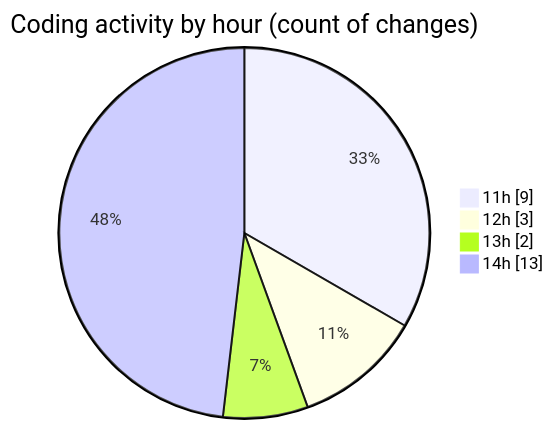
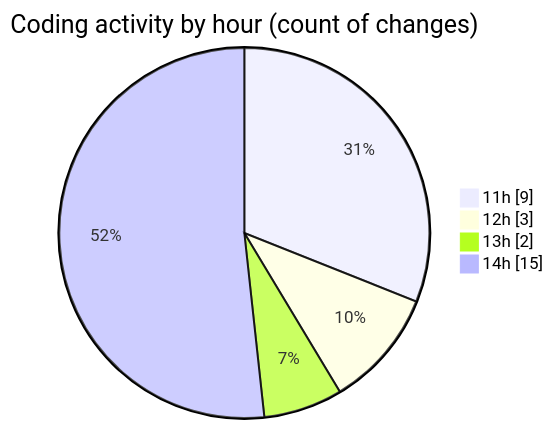
The second of 2 diagrams in 2025-01-21/monteur_automatique/README.md (CELIANVF/code-tracking), drawn with Mermaid before and after one commit. The commit also changed other lines of this file and 1 other file, not shown here.

````diff
--- a/2025-01-21/monteur_automatique/README.md
+++ b/2025-01-21/monteur_automatique/README.md
@@ -32,8 +32,8 @@
 ```mermaid
 pie showData
 title Coding activity by hour (count of changes)
 "11h" : 9
 "12h" : 3
 "13h" : 2
-"14h" : 13
+"14h" : 15
 ```
````
